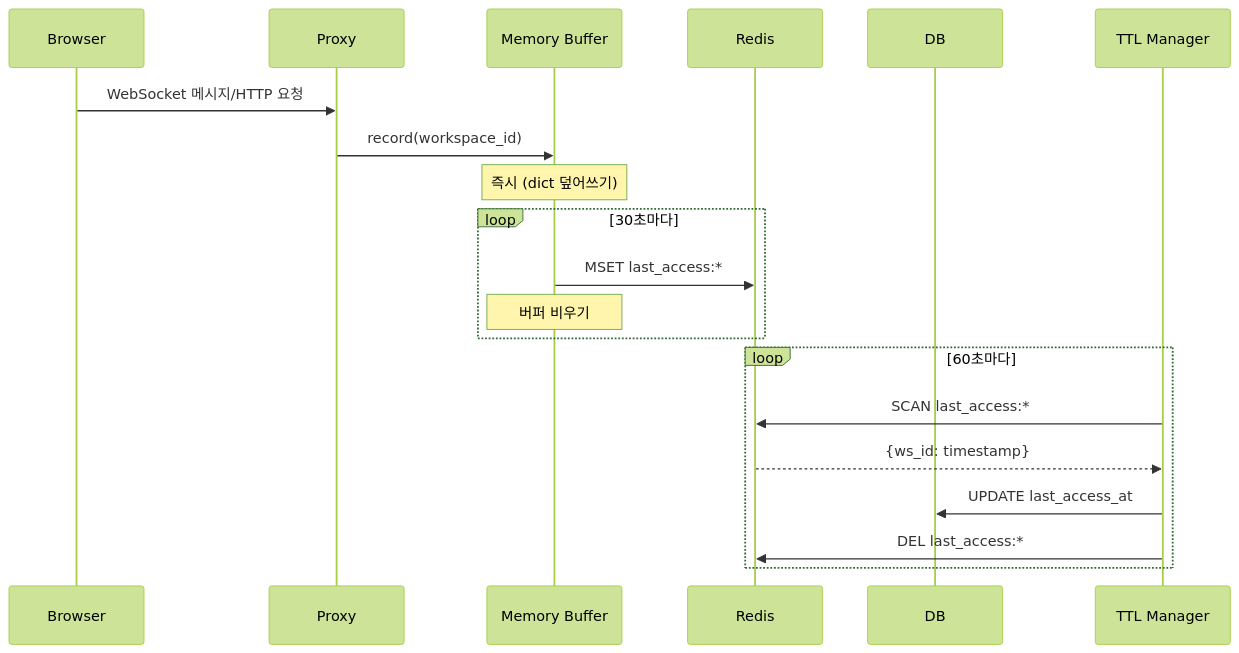
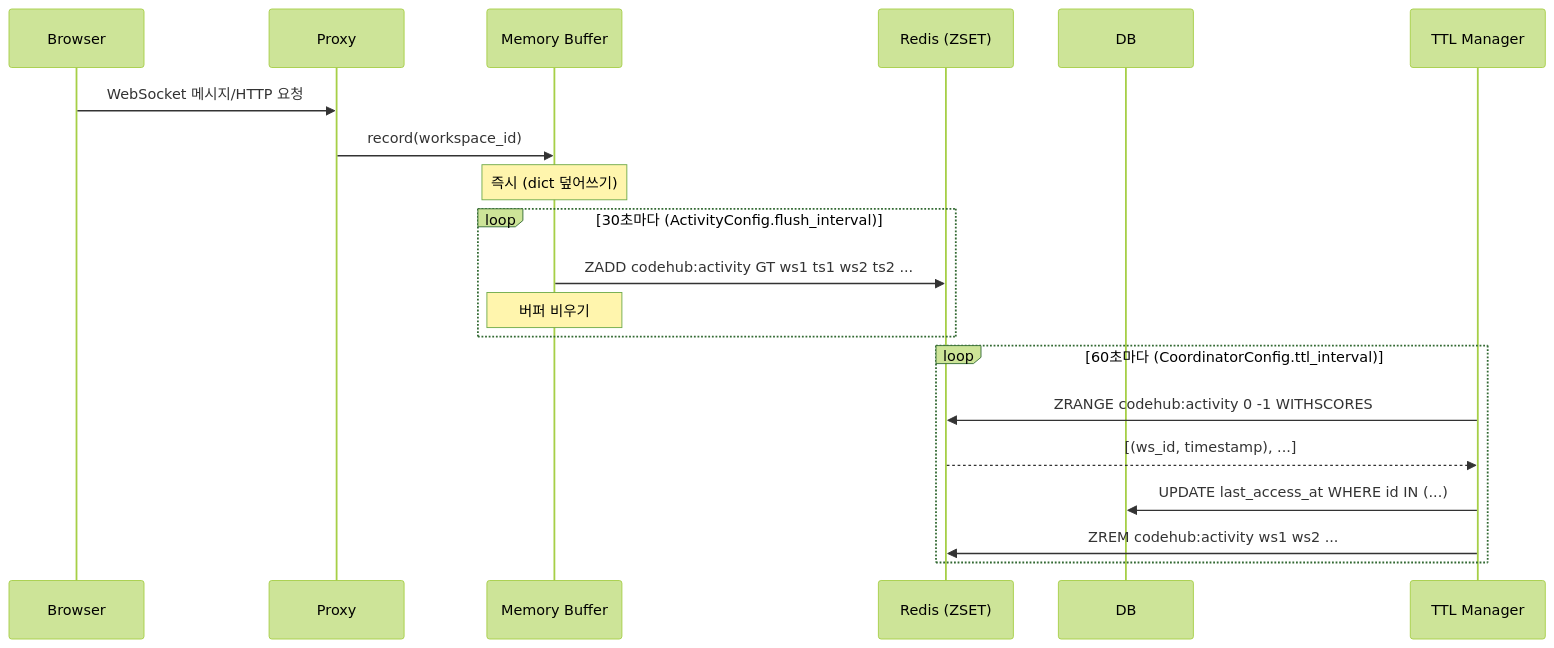
One commit to cagojeiger/code-hub changed the third of 5 diagrams in docs/spec/04-control-plane.md. Above: the diagram before and after it, drawn with Mermaid (forest theme). The commit also changed other lines of this file and 12 other files, not shown here.

````diff
--- a/docs/spec/04-control-plane.md
+++ b/docs/spec/04-control-plane.md
@@ -294,25 +300,25 @@
 ```mermaid
 sequenceDiagram
     participant B as Browser
     participant P as Proxy
     participant M as Memory Buffer
-    participant R as Redis
+    participant R as Redis (ZSET)
     participant D as DB
     participant T as TTL Manager
 
     B->>P: WebSocket 메시지/HTTP 요청
     P->>M: record(workspace_id)
     Note over M: 즉시 (dict 덮어쓰기)
 
-    loop 30초마다
-        M->>R: MSET last_access:*
+    loop 30초마다 (ActivityConfig.flush_interval)
+        M->>R: ZADD codehub:activity GT ws1 ts1 ws2 ts2 ...
         Note over M: 버퍼 비우기
     end
 
-    loop 60초마다
-        T->>R: SCAN last_access:*
-        R-->>T: {ws_id: timestamp}
-        T->>D: UPDATE last_access_at
-        T->>R: DEL last_access:*
+    loop 60초마다 (CoordinatorConfig.ttl_interval)
+        T->>R: ZRANGE codehub:activity 0 -1 WITHSCORES
+        R-->>T: [(ws_id, timestamp), ...]
+        T->>D: UPDATE last_access_at WHERE id IN (...)
+        T->>R: ZREM codehub:activity ws1 ws2 ...
     end
 ```
````
